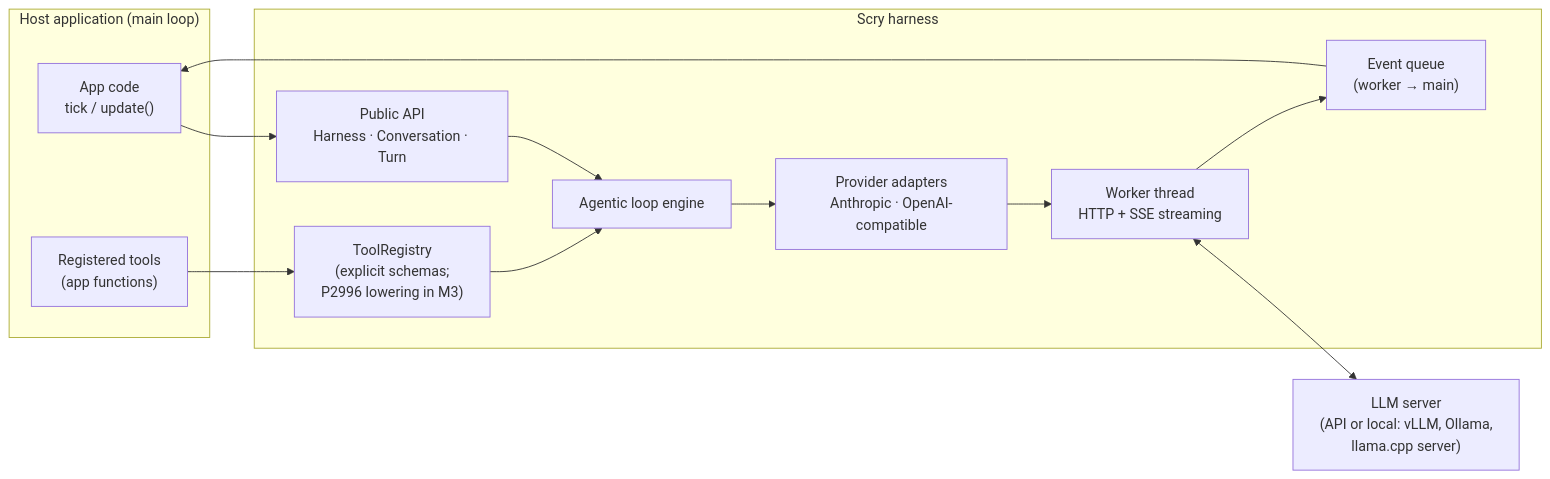
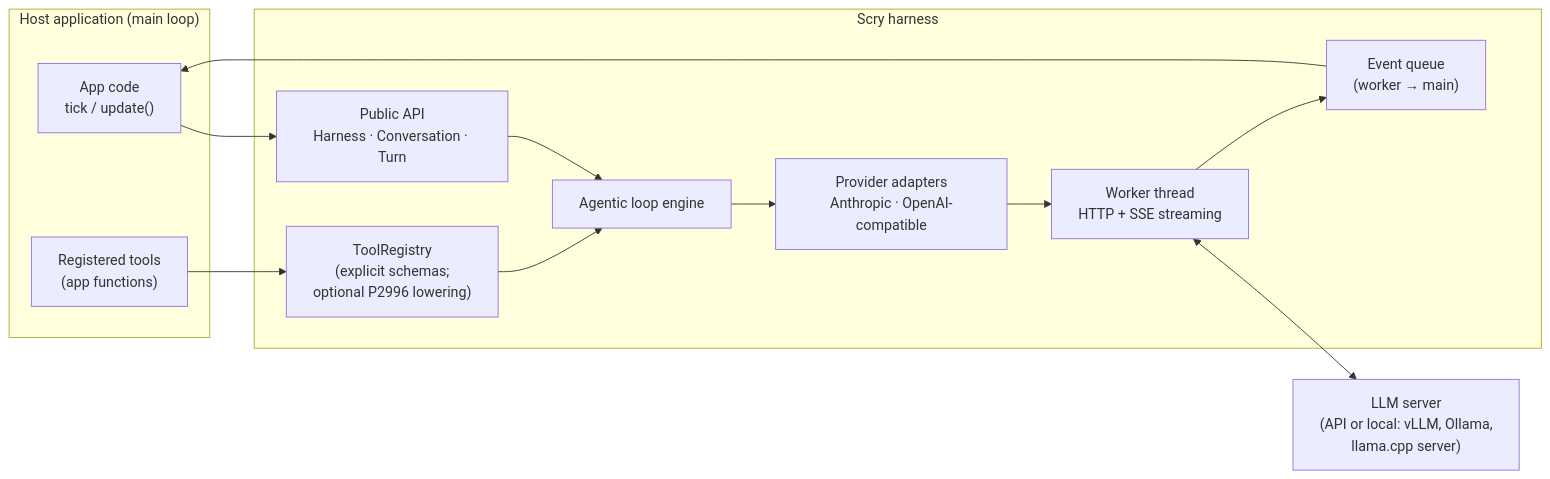
One commit to crybo-rybo/scry changed the first of 3 diagrams in DESIGN.md. Above: the diagram before and after it, drawn with Mermaid. The commit also changed other lines of this file and 8 other files, not shown here.

````diff
--- a/DESIGN.md
+++ b/DESIGN.md
@@ -133,23 +142,23 @@
 ```mermaid
 graph LR
     subgraph App["Host application (main loop)"]
         MAIN["App code<br/>tick / update()"]
         TOOLS["Registered tools<br/>(app functions)"]
     end
 
     subgraph Scry["Scry harness"]
         API["Public API<br/>Harness · Conversation · Turn"]
-        REG["ToolRegistry<br/>(explicit schemas;<br/>P2996 lowering in M3)"]
+        REG["ToolRegistry<br/>(explicit schemas;<br/>optional P2996 lowering)"]
         LOOP["Agentic loop engine"]
         Q["Event queue<br/>(worker → main)"]
         PROV["Provider adapters<br/>Anthropic · OpenAI-compatible"]
         NET["Worker thread<br/>HTTP + SSE streaming"]
     end
 
     LLM["LLM server<br/>(API or local: vLLM, Ollama,<br/>llama.cpp server)"]
 
     MAIN --> API --> LOOP
     TOOLS --> REG --> LOOP
     LOOP --> PROV --> NET <--> LLM
     NET --> Q --> MAIN
 ```
````
